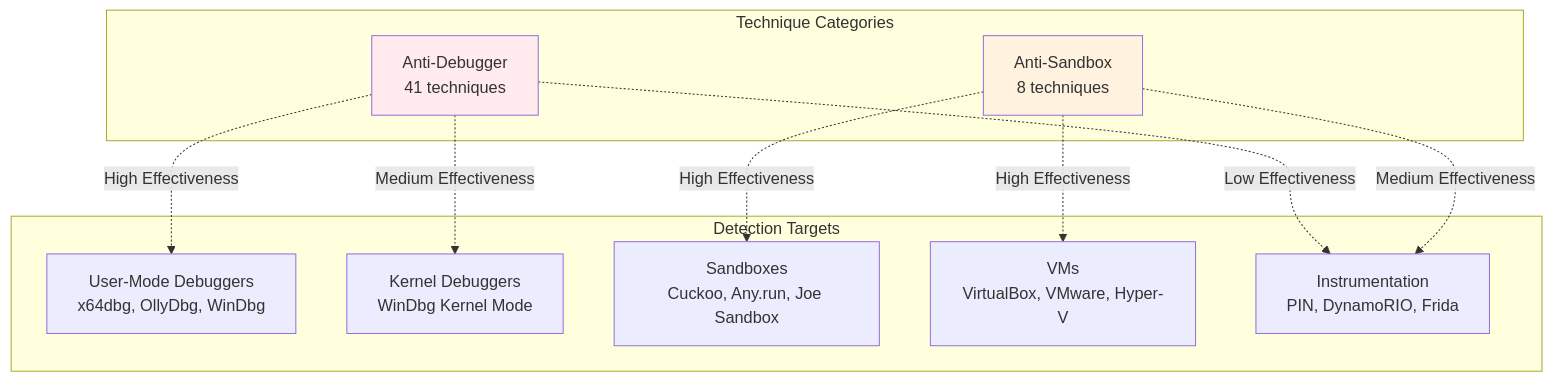
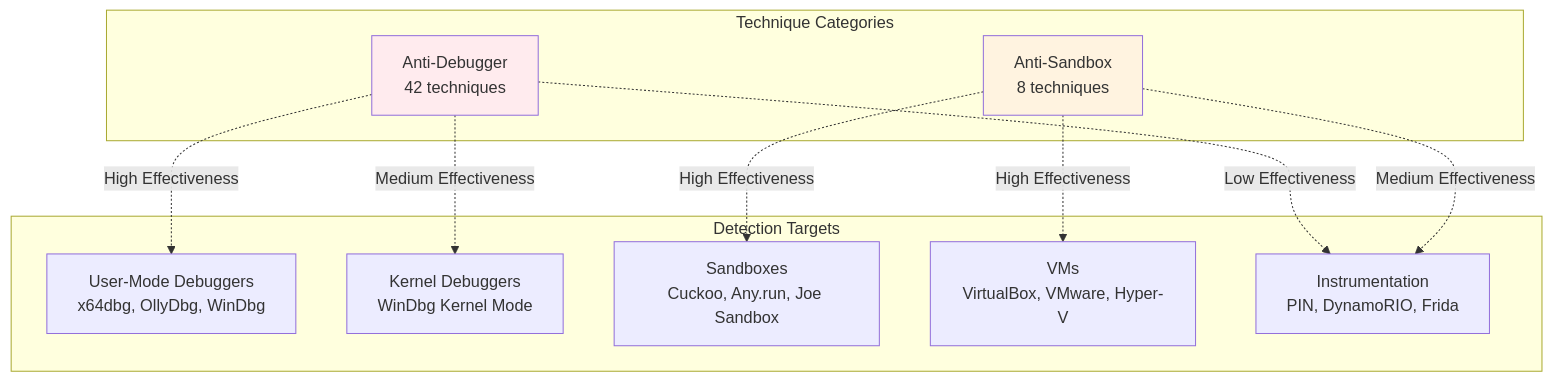
The seventh of 8 diagrams in docs/diagrams/taxonomy.md (mabj/anti), drawn with Mermaid before and after one commit. The commit also changed other lines of this file and 8 other files, not shown here.

````diff
--- a/docs/diagrams/taxonomy.md
+++ b/docs/diagrams/taxonomy.md
@@ -213,26 +214,26 @@
 ```mermaid
 graph TB
     subgraph Detection Targets
         T1[User-Mode Debuggers<br/>x64dbg, OllyDbg, WinDbg]
         T2[Kernel Debuggers<br/>WinDbg Kernel Mode]
         T3[Sandboxes<br/>Cuckoo, Any.run, Joe Sandbox]
         T4[VMs<br/>VirtualBox, VMware, Hyper-V]
         T5[Instrumentation<br/>PIN, DynamoRIO, Frida]
     end
 
     subgraph Technique Categories
-        C1[Anti-Debugger<br/>41 techniques]
+        C1[Anti-Debugger<br/>42 techniques]
         C2[Anti-Sandbox<br/>8 techniques]
     end
 
     C1 -.High Effectiveness.-> T1
     C1 -.Medium Effectiveness.-> T2
     C1 -.Low Effectiveness.-> T5
 
     C2 -.High Effectiveness.-> T3
     C2 -.High Effectiveness.-> T4
     C2 -.Medium Effectiveness.-> T5
 
     style C1 fill:#ffebee
     style C2 fill:#fff3e0
 ```
````
